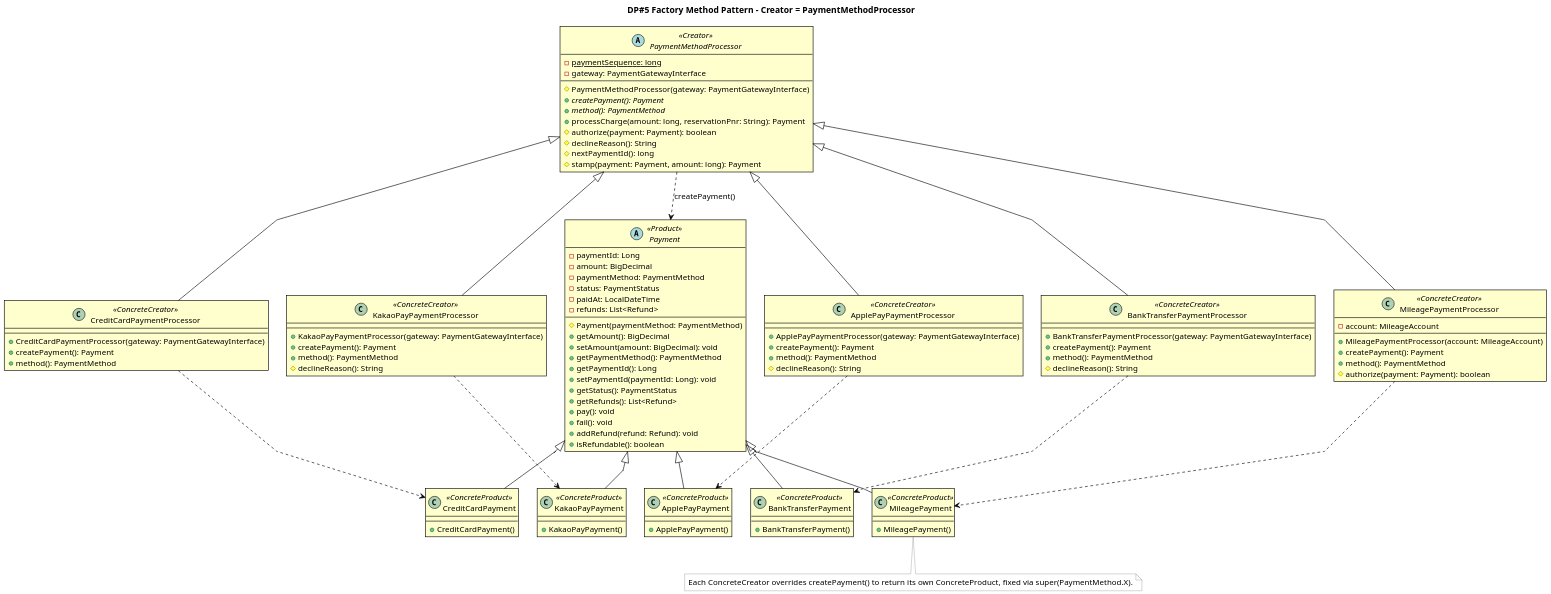
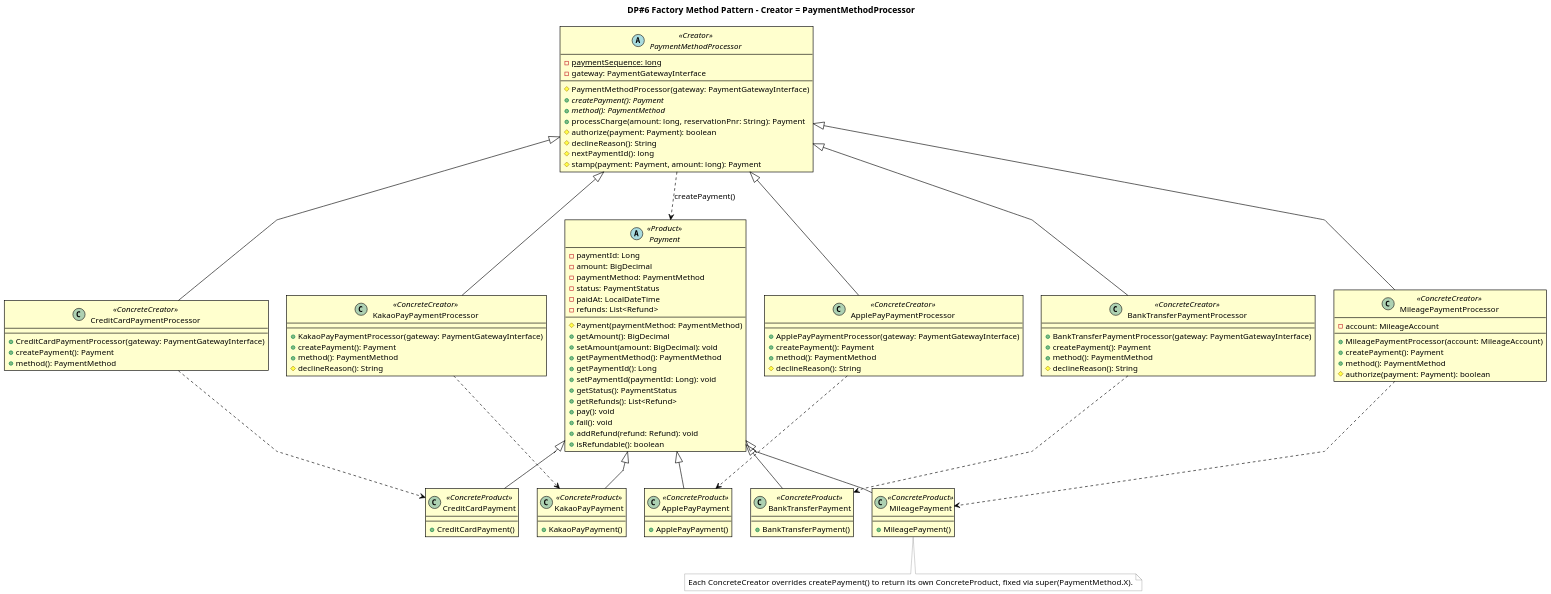
The diagram in docs/diagrams/iter4-puml/en/dp5-factory-method.puml (gimjungwook/KoreanAirReservationDomain), drawn with PlantUML before and after one commit. The commit also changed 75 other files, not shown here.

First line of the commit message:
발표 덱·다이어그램·코드 정비 (iter4)

```diff
--- a/docs/diagrams/iter4-puml/en/dp5-factory-method.puml
+++ b/docs/diagrams/iter4-puml/en/dp5-factory-method.puml
@@ -1,148 +1,148 @@
 @startuml dp5-factory-method
 skinparam backgroundColor #FFFFFF
 skinparam shadowing false
 skinparam roundcorner 0
 skinparam linetype polyline
 skinparam nodesep 30
 skinparam ranksep 60
 skinparam defaultFontName "Helvetica Neue"
 skinparam defaultFontSize 13
 skinparam dpi 150
 skinparam class {
   BackgroundColor #FFFFCE
   BorderColor #000000
   BorderThickness 1
   ArrowColor #000000
   ArrowThickness 1
   FontColor #000000
   FontName "Helvetica Neue"
   AttributeFontColor #000000
   AttributeFontName "Helvetica Neue"
   StereotypeFontColor #000000
 }
 skinparam note {
   BackgroundColor #FFFFFF
   BorderColor #777777
   FontColor #000000
 }
 
-title DP#5 Factory Method Pattern - Creator = PaymentMethodProcessor
+title DP#6 Factory Method Pattern - Creator = PaymentMethodProcessor
 
 abstract class PaymentMethodProcessor <<Creator>> {
   -paymentSequence: long {static}
   -gateway: PaymentGatewayInterface
   --
   #PaymentMethodProcessor(gateway: PaymentGatewayInterface)
   +{abstract} createPayment(): Payment
   +{abstract} method(): PaymentMethod
   +processCharge(amount: long, reservationPnr: String): Payment
   #authorize(payment: Payment): boolean
   #declineReason(): String
   #nextPaymentId(): long
   #stamp(payment: Payment, amount: long): Payment
 }
 abstract class Payment <<Product>> {
   -paymentId: Long
   -amount: BigDecimal
   -paymentMethod: PaymentMethod
   -status: PaymentStatus
   -paidAt: LocalDateTime
   -refunds: List<Refund>
   --
   #Payment(paymentMethod: PaymentMethod)
   +getAmount(): BigDecimal
   +setAmount(amount: BigDecimal): void
   +getPaymentMethod(): PaymentMethod
   +getPaymentId(): Long
   +setPaymentId(paymentId: Long): void
   +getStatus(): PaymentStatus
   +getRefunds(): List<Refund>
   +pay(): void
   +fail(): void
   +addRefund(refund: Refund): void
   +isRefundable(): boolean
 }
 
 class CreditCardPaymentProcessor <<ConcreteCreator>> {
   +CreditCardPaymentProcessor(gateway: PaymentGatewayInterface)
   +createPayment(): Payment
   +method(): PaymentMethod
 }
 class KakaoPayPaymentProcessor <<ConcreteCreator>> {
   +KakaoPayPaymentProcessor(gateway: PaymentGatewayInterface)
   +createPayment(): Payment
   +method(): PaymentMethod
   #declineReason(): String
 }
 class ApplePayPaymentProcessor <<ConcreteCreator>> {
   +ApplePayPaymentProcessor(gateway: PaymentGatewayInterface)
   +createPayment(): Payment
   +method(): PaymentMethod
   #declineReason(): String
 }
 class BankTransferPaymentProcessor <<ConcreteCreator>> {
   +BankTransferPaymentProcessor(gateway: PaymentGatewayInterface)
   +createPayment(): Payment
   +method(): PaymentMethod
   #declineReason(): String
 }
 class MileagePaymentProcessor <<ConcreteCreator>> {
   -account: MileageAccount
   --
   +MileagePaymentProcessor(account: MileageAccount)
   +createPayment(): Payment
   +method(): PaymentMethod
   #authorize(payment: Payment): boolean
 }
 
 class CreditCardPayment <<ConcreteProduct>> {
   +CreditCardPayment()
 }
 class KakaoPayPayment <<ConcreteProduct>> {
   +KakaoPayPayment()
 }
 class ApplePayPayment <<ConcreteProduct>> {
   +ApplePayPayment()
 }
 class BankTransferPayment <<ConcreteProduct>> {
   +BankTransferPayment()
 }
 class MileagePayment <<ConcreteProduct>> {
   +MileagePayment()
 }
 
 ' Keep the two parents on one rank so the factory-method dependency sits cleanly between them.
 PaymentMethodProcessor -[hidden]right- Payment
 PaymentMethodProcessor ..> Payment : createPayment()
 
 ' Generalizations: ConcreteCreator -|> Creator, ConcreteProduct -|> Product.
 PaymentMethodProcessor <|-- CreditCardPaymentProcessor
 PaymentMethodProcessor <|-- KakaoPayPaymentProcessor
 PaymentMethodProcessor <|-- ApplePayPaymentProcessor
 PaymentMethodProcessor <|-- BankTransferPaymentProcessor
 PaymentMethodProcessor <|-- MileagePaymentProcessor
 Payment <|-- CreditCardPayment
 Payment <|-- KakaoPayPayment
 Payment <|-- ApplePayPayment
 Payment <|-- BankTransferPayment
 Payment <|-- MileagePayment
 
 ' Order the two 5-wide fans identically so each ..> create arrow runs straight down.
 CreditCardPaymentProcessor -[hidden]right- KakaoPayPaymentProcessor
 KakaoPayPaymentProcessor -[hidden]right- ApplePayPaymentProcessor
 ApplePayPaymentProcessor -[hidden]right- BankTransferPaymentProcessor
 BankTransferPaymentProcessor -[hidden]right- MileagePaymentProcessor
 CreditCardPayment -[hidden]right- KakaoPayPayment
 KakaoPayPayment -[hidden]right- ApplePayPayment
 ApplePayPayment -[hidden]right- BankTransferPayment
 BankTransferPayment -[hidden]right- MileagePayment
 
 ' Each ConcreteCreator instantiates exactly its own ConcreteProduct (factory-method body).
 CreditCardPaymentProcessor ..> CreditCardPayment
 KakaoPayPaymentProcessor ..> KakaoPayPayment
 ApplePayPaymentProcessor ..> ApplePayPayment
 BankTransferPaymentProcessor ..> BankTransferPayment
 MileagePaymentProcessor ..> MileagePayment
 
 note bottom : Each ConcreteCreator overrides createPayment() to return its own ConcreteProduct, fixed via super(PaymentMethod.X).
 @enduml
```
